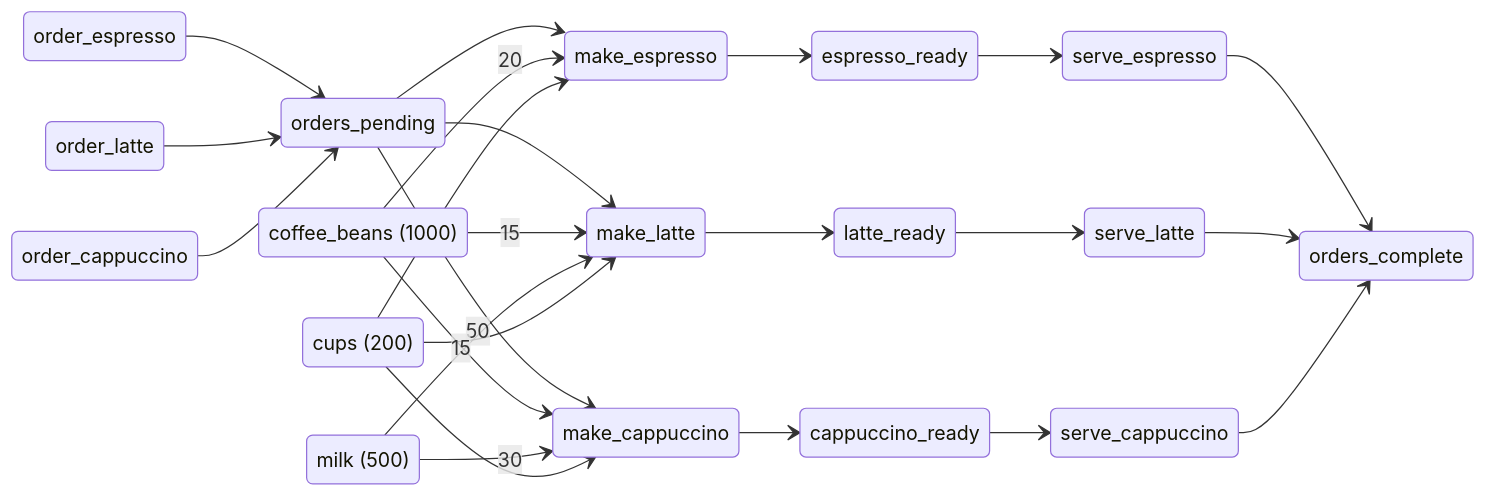
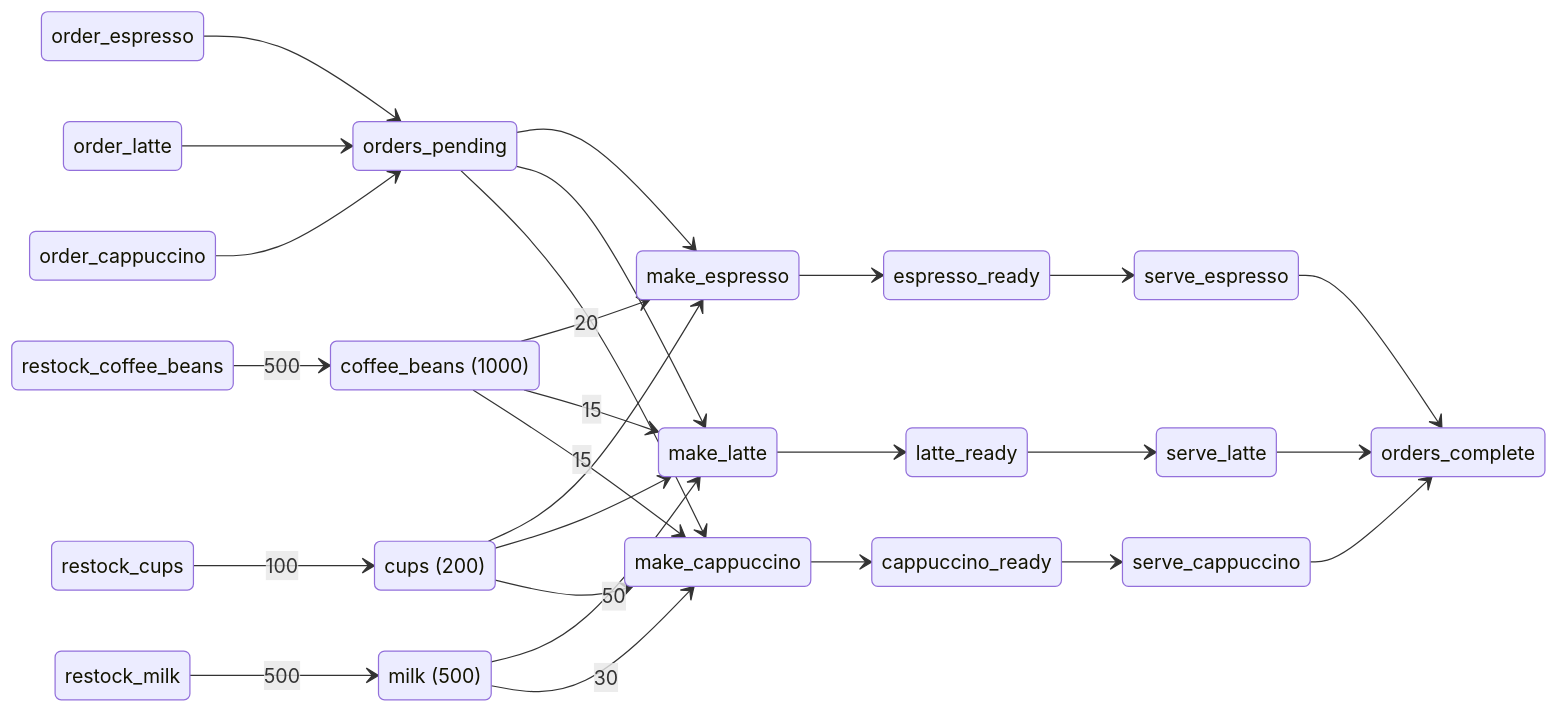
One commit to pflow-xyz/petri-pilot changed the first of 3 diagrams in generated/coffeeshop/README.md. Above: the diagram before and after it, drawn with Mermaid. The commit also changed other lines of this file and 24 other files, not shown here.

````diff
--- a/generated/coffeeshop/README.md
+++ b/generated/coffeeshop/README.md
@@ -58,58 +61,67 @@
 ```mermaid
 stateDiagram-v2
     direction LR
 
     state "coffee_beans (1000)" as PlaceCoffeeBeans
     state "milk (500)" as PlaceMilk
     state "cups (200)" as PlaceCups
     state "orders_pending" as PlaceOrdersPending
     state "espresso_ready" as PlaceEspressoReady
     state "latte_ready" as PlaceLatteReady
     state "cappuccino_ready" as PlaceCappuccinoReady
     state "orders_complete" as PlaceOrdersComplete
 
 
     state "order_espresso" as t_TransitionOrderEspresso
     state "order_latte" as t_TransitionOrderLatte
     state "order_cappuccino" as t_TransitionOrderCappuccino
     state "make_espresso" as t_TransitionMakeEspresso
     state "make_latte" as t_TransitionMakeLatte
     state "make_cappuccino" as t_TransitionMakeCappuccino
     state "serve_espresso" as t_TransitionServeEspresso
     state "serve_latte" as t_TransitionServeLatte
     state "serve_cappuccino" as t_TransitionServeCappuccino
+    state "restock_coffee_beans" as t_TransitionRestockCoffeeBeans
+    state "restock_milk" as t_TransitionRestockMilk
+    state "restock_cups" as t_TransitionRestockCups
 
 
     t_TransitionOrderEspresso --> PlaceOrdersPending
 
     t_TransitionOrderLatte --> PlaceOrdersPending
 
     t_TransitionOrderCappuccino --> PlaceOrdersPending
 
     PlaceOrdersPending --> t_TransitionMakeEspresso
     PlaceCoffeeBeans --> t_TransitionMakeEspresso: 20
     PlaceCups --> t_TransitionMakeEspresso
     t_TransitionMakeEspresso --> PlaceEspressoReady
 
     PlaceOrdersPending --> t_TransitionMakeLatte
     PlaceCoffeeBeans --> t_TransitionMakeLatte: 15
     PlaceMilk --> t_TransitionMakeLatte: 50
     PlaceCups --> t_TransitionMakeLatte
     t_TransitionMakeLatte --> PlaceLatteReady
 
     PlaceOrdersPending --> t_TransitionMakeCappuccino
     PlaceCoffeeBeans --> t_TransitionMakeCappuccino: 15
     PlaceMilk --> t_TransitionMakeCappuccino: 30
     PlaceCups --> t_TransitionMakeCappuccino
     t_TransitionMakeCappuccino --> PlaceCappuccinoReady
 
     PlaceEspressoReady --> t_TransitionServeEspresso
     t_TransitionServeEspresso --> PlaceOrdersComplete
 
     PlaceLatteReady --> t_TransitionServeLatte
     t_TransitionServeLatte --> PlaceOrdersComplete
 
     PlaceCappuccinoReady --> t_TransitionServeCappuccino
     t_TransitionServeCappuccino --> PlaceOrdersComplete
 
+    t_TransitionRestockCoffeeBeans --> PlaceCoffeeBeans: 500
+
+    t_TransitionRestockMilk --> PlaceMilk: 500
+
+    t_TransitionRestockCups --> PlaceCups: 100
+
 ```
````
